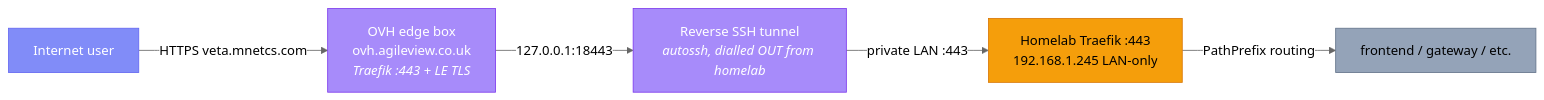
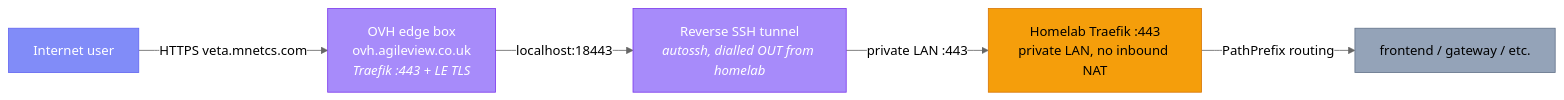
The first of 8 diagrams in docs/site/src/content/docs/platform/architecture.md (milesburton/veta-trading-platform), drawn with Mermaid (neutral theme) before and after one commit. The commit also changed 4 other files, not shown here.

````diff
--- a/docs/site/src/content/docs/platform/architecture.md
+++ b/docs/site/src/content/docs/platform/architecture.md
@@ -16,18 +16,18 @@
 ```mermaid
 graph LR
     USER["Internet user"]:::client
     OVH["OVH edge box<br/>ovh.agileview.co.uk<br/><i>Traefik :443 + LE TLS</i>"]:::edge
     TUNNEL["Reverse SSH tunnel<br/><i>autossh, dialled OUT from homelab</i>"]:::edge
-    HL["Homelab Traefik :443<br/>192.168.1.245 LAN-only"]:::gateway
+    HL["Homelab Traefik :443<br/>private LAN, no inbound NAT"]:::gateway
     SVC["frontend / gateway / etc."]:::support
 
     USER -->|"HTTPS veta.mnetcs.com"| OVH
-    OVH -->|"127.0.0.1:18443"| TUNNEL
+    OVH -->|"localhost:18443"| TUNNEL
     TUNNEL -->|"private LAN :443"| HL
     HL -->|"PathPrefix routing"| SVC
 
     classDef client fill:#818cf8,stroke:#6366f1,color:#fff
     classDef edge fill:#a78bfa,stroke:#7c3aed,color:#fff
     classDef gateway fill:#f59e0b,stroke:#d97706,color:#000
     classDef support fill:#94a3b8,stroke:#64748b,color:#000
 ```
````
